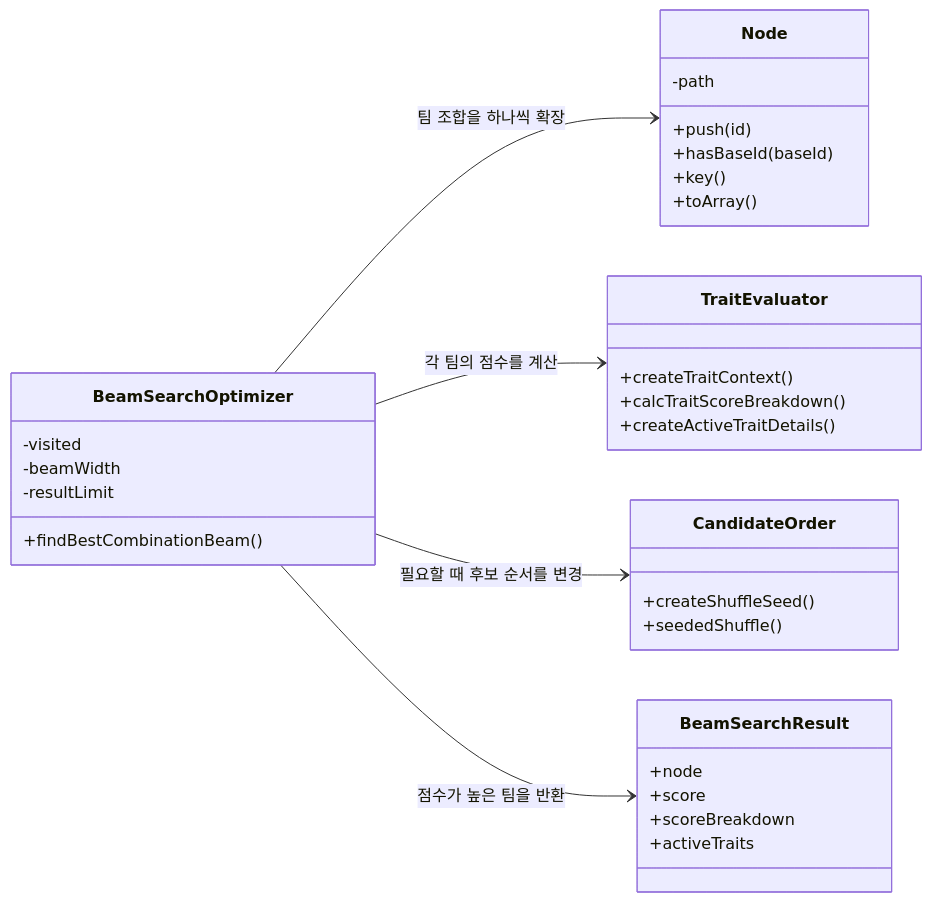
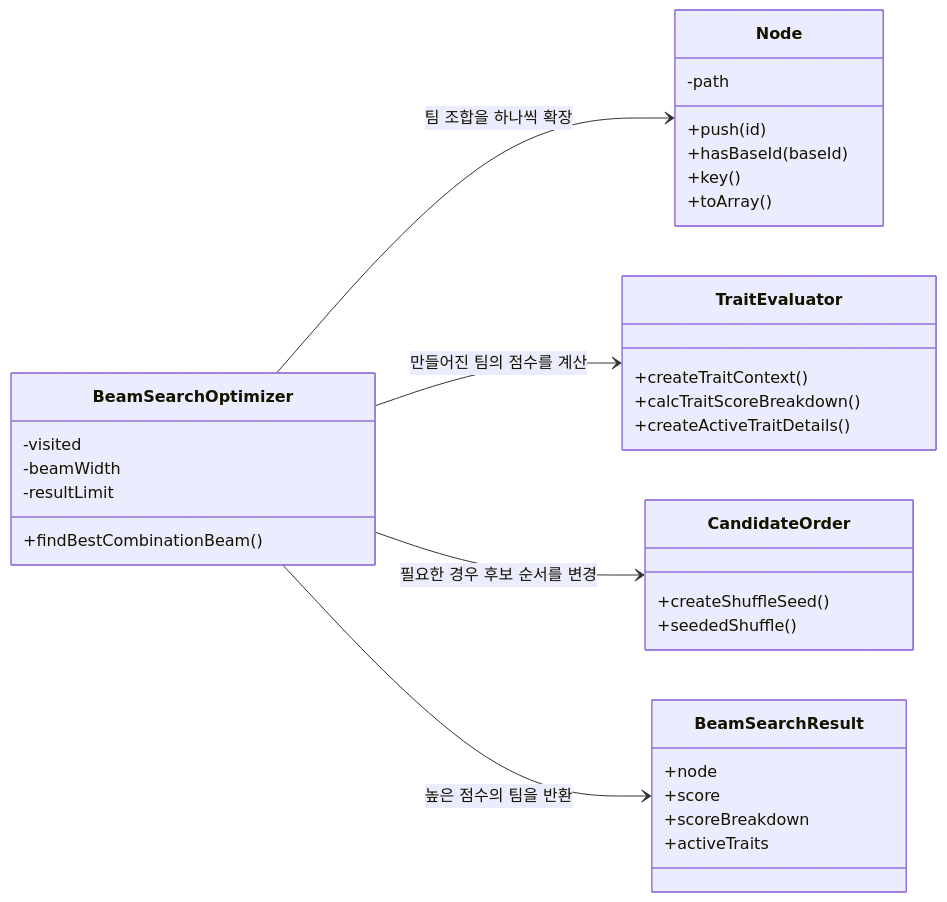
The second of 6 diagrams in vite-project/src/features/README.md (kimdol/my-tft-app), drawn with Mermaid before and after one commit. The commit also changed other lines of this file, not shown here.

Commit message:
Fix README algorithm, state management, and data flow descriptions

````diff
--- a/vite-project/src/features/README.md
+++ b/vite-project/src/features/README.md
@@ -71,37 +182,42 @@
 ```mermaid
 classDiagram
     direction LR
+
     class BeamSearchOptimizer {
         +findBestCombinationBeam()
         -visited
         -beamWidth
         -resultLimit
     }
+
     class Node {
         -path
         +push(id)
         +hasBaseId(baseId)
         +key()
         +toArray()
     }
+
     class TraitEvaluator {
         +createTraitContext()
         +calcTraitScoreBreakdown()
         +createActiveTraitDetails()
     }
+
     class CandidateOrder {
         +createShuffleSeed()
         +seededShuffle()
     }
+
     class BeamSearchResult {
         +node
         +score
         +scoreBreakdown
         +activeTraits
     }
 
     BeamSearchOptimizer --> Node : 팀 조합을 하나씩 확장
-    BeamSearchOptimizer --> TraitEvaluator : 각 팀의 점수를 계산
-    BeamSearchOptimizer --> CandidateOrder : 필요할 때 후보 순서를 변경
-    BeamSearchOptimizer --> BeamSearchResult : 점수가 높은 팀을 반환
+    BeamSearchOptimizer --> TraitEvaluator : 만들어진 팀의 점수를 계산
+    BeamSearchOptimizer --> CandidateOrder : 필요한 경우 후보 순서를 변경
+    BeamSearchOptimizer --> BeamSearchResult : 높은 점수의 팀을 반환
 ```
````
